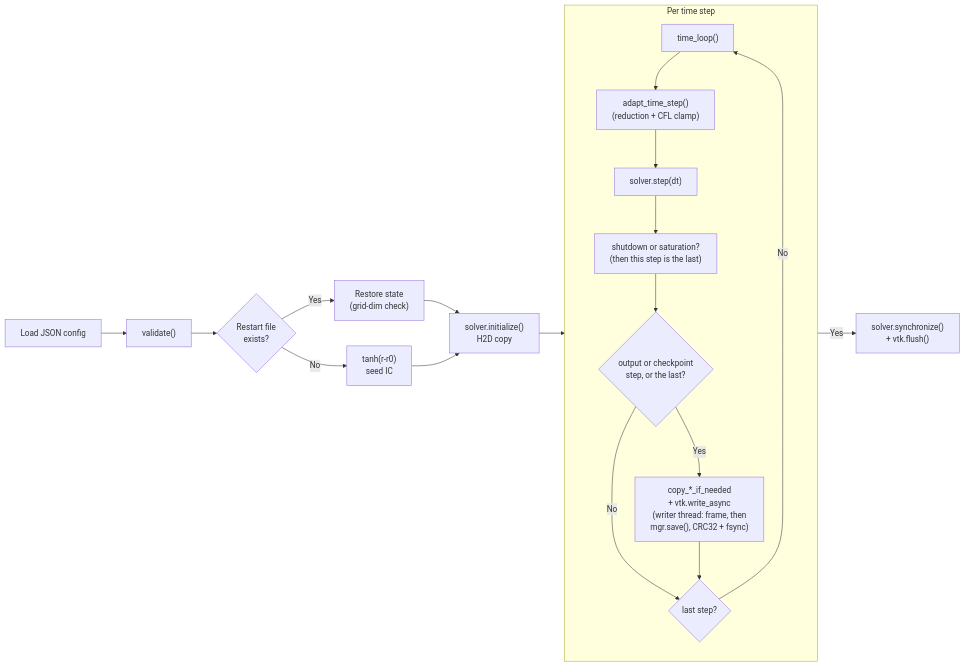
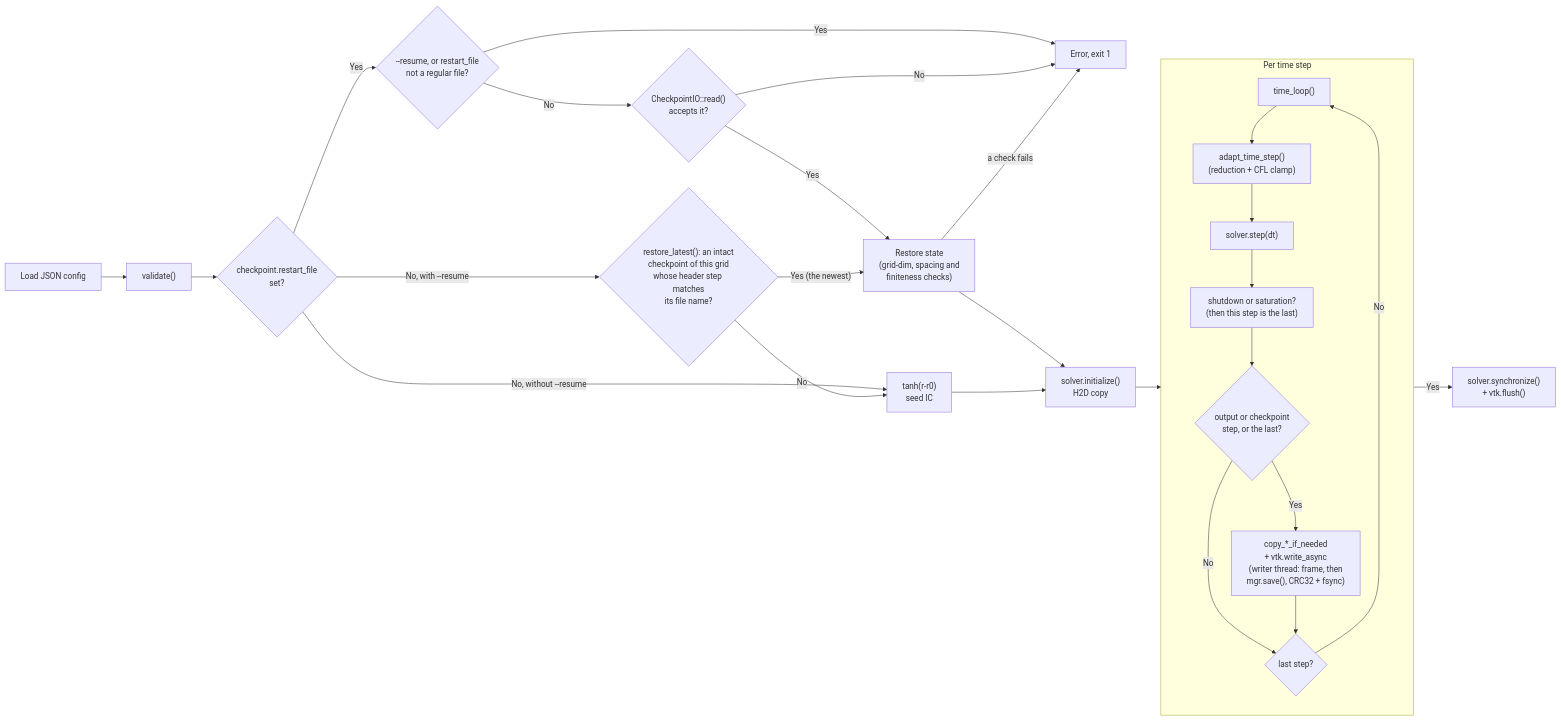
One commit to myousefi2016/Allen-Cahn-CUDA changed the second of 4 diagrams in README.md. Above: the diagram before and after it, drawn with Mermaid. The commit also changed other lines of this file and 15 other files, not shown here.

````diff
--- a/README.md
+++ b/README.md
@@ -110,24 +110,32 @@
 ```mermaid
 flowchart LR
     A["Load JSON config"] --> B["validate()"]
-    B --> C{"Restart file<br/>exists?"}
-    C -->|Yes| D["Restore state<br/>(grid-dim check)"]
-    C -->|No| E["tanh(r-r0)<br/>seed IC"]
+    B --> C{"checkpoint.restart_file<br/>set?"}
+    C -->|"No, without --resume"| E["tanh(r-r0)<br/>seed IC"]
+    C -->|"No, with --resume"| R{"restore_latest(): an intact<br/>checkpoint of this grid<br/>whose header step matches<br/>its file name?"}
+    C -->|Yes| X{"--resume, or restart_file<br/>not a regular file?"}
+    X -->|Yes| Z["Error, exit 1"]
+    X -->|No| Q{"CheckpointIO::read()<br/>accepts it?"}
+    Q -->|No| Z
+    Q -->|Yes| D["Restore state<br/>(grid-dim, spacing and<br/>finiteness checks)"]
+    R -->|"Yes (the newest)"| D
+    R -->|No| E
+    D -->|"a check fails"| Z
     D --> F["solver.initialize()<br/>H2D copy"]
     E --> F
     F --> G["time_loop()"]
 
     subgraph TL["Per time step"]
         direction TB
         G --> H["adapt_time_step()<br/>(reduction + CFL clamp)"]
         H --> I["solver.step(dt)"]
         I --> J["shutdown or saturation?<br/>(then this step is the last)"]
         J --> K{"output or checkpoint<br/>step, or the last?"}
         K -->|Yes| L["copy_*_if_needed<br/>+ vtk.write_async<br/>(writer thread: frame, then<br/>mgr.save(), CRC32 + fsync)"]
         K -->|No| N{"last step?"}
         L --> N
         N -->|No| G
     end
 
     N -->|Yes| O["solver.synchronize()<br/>+ vtk.flush()"]
 ```
````
